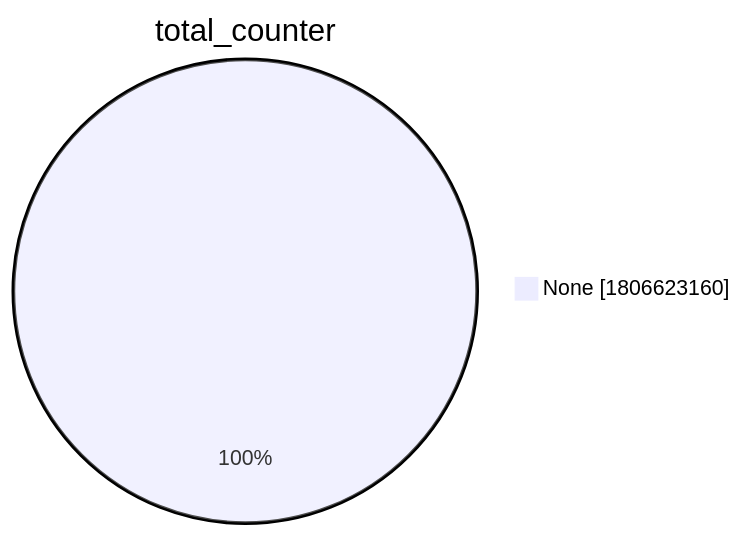
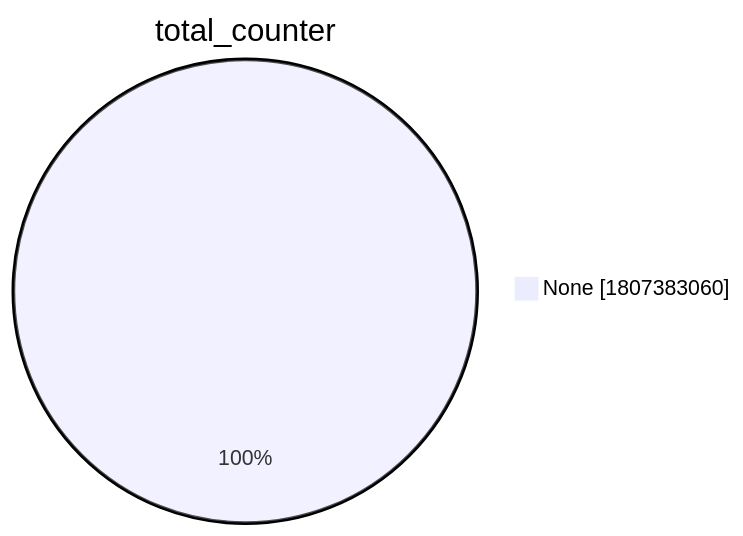
The second of 15 diagrams in xenon2022/README.md (christiankrug/ctmonitor_visualization), drawn with Mermaid before and after one commit. The commit also changed other lines of this file, not shown here.

````diff
--- a/xenon2022/README.md
+++ b/xenon2022/README.md
@@ -9,5 +9,5 @@
 ```mermaid
 pie showData
 title total_counter
-"None" :1806623160
+"None" :1807383060
 ```
````
